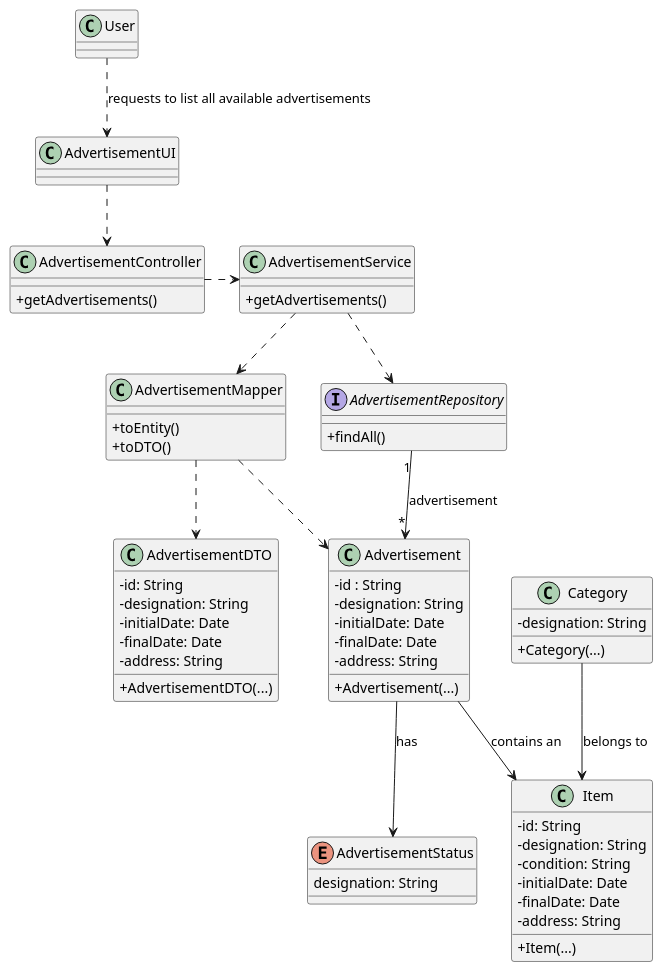
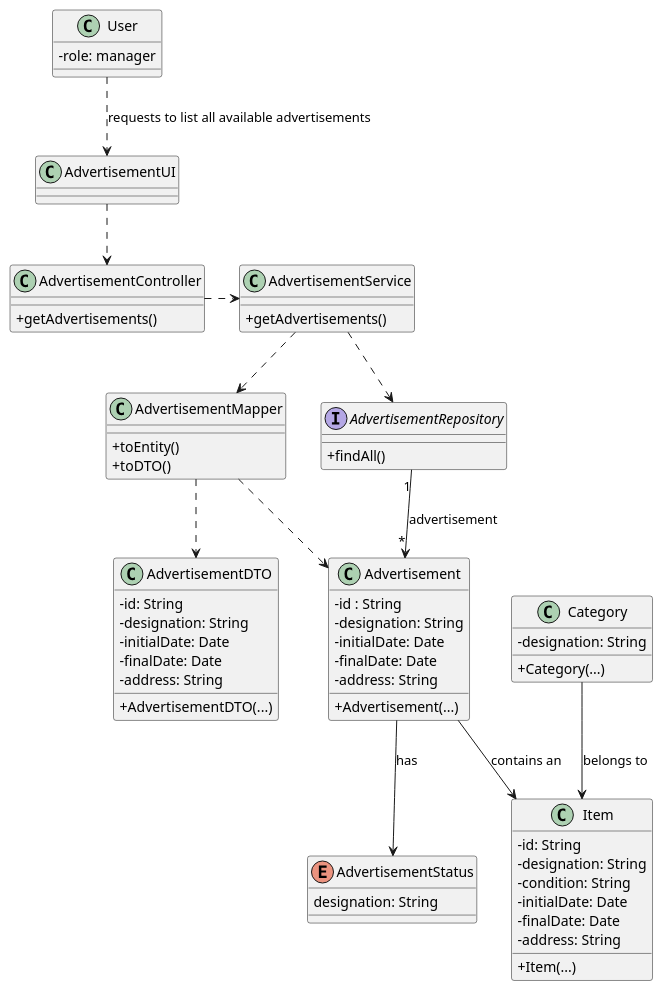
One commit to vivianeaalmeida/ComeAndGet changed the diagram in Docs/US08/03-design/US08-CD.puml. Above: the diagram before and after it, drawn with PlantUML. The commit also changed 11 other files, not shown here.

```diff
--- a/Docs/US08/03-design/US08-CD.puml
+++ b/Docs/US08/03-design/US08-CD.puml
@@ -1,81 +1,84 @@
 @startuml
 skinparam packageStyle rectangle
 skinparam shadowing false
 skinparam linetype polyline
 skinparam classAttributeIconSize 0
 
 
 class AdvertisementUI {
 }
 
 class AdvertisementController {
     + getAdvertisements()
 }
 
 class AdvertisementService {
     + getAdvertisements()
 }
 
 interface AdvertisementRepository {
     + findAll()
 }
 
+class User {
+   - role: manager
+    }
 
 class Item {
     - id: String
     - designation: String
     - condition: String
     - initialDate: Date
     - finalDate: Date
     - address: String
     + Item(...)
 }
 
 class Advertisement {
     - id : String
     - designation: String
     - initialDate: Date
     - finalDate: Date
     - address: String
     + Advertisement(...)
 }
 
 enum AdvertisementStatus {
     designation: String
 }
 
 class Category {
     - designation: String
     + Category(...)
 }
 
 class AdvertisementMapper {
     + toEntity()
     + toDTO()
 }
 
 class AdvertisementDTO {
     - id: String
     - designation: String
     - initialDate: Date
     - finalDate: Date
     - address: String
     + AdvertisementDTO(...)
 }
 
 ' --- Relacionamentos ---
 User ..> AdvertisementUI : requests to list all available advertisements
 AdvertisementUI ..> AdvertisementController
 AdvertisementController .> AdvertisementService
 AdvertisementService ..> AdvertisementRepository
 AdvertisementService ..> AdvertisementMapper
 AdvertisementMapper ..> Advertisement
 AdvertisementMapper ..> AdvertisementDTO
 AdvertisementRepository "1" --> "*" Advertisement : advertisement
 Advertisement --> Item : contains an
 Category --> Item : belongs to
 Advertisement --> AdvertisementStatus : has
 
 
 
 @enduml
```
